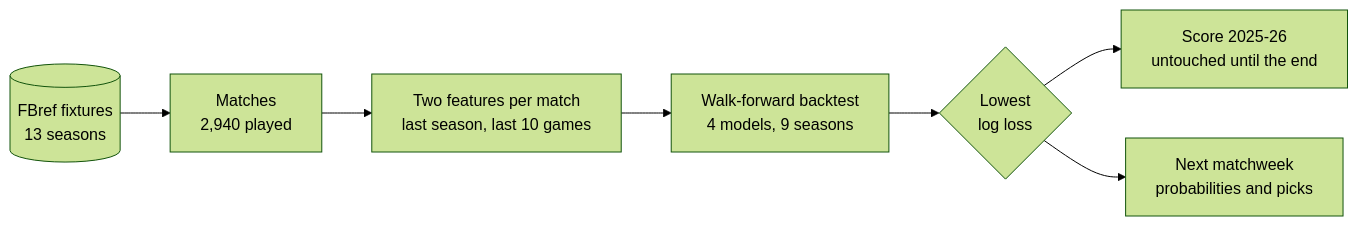
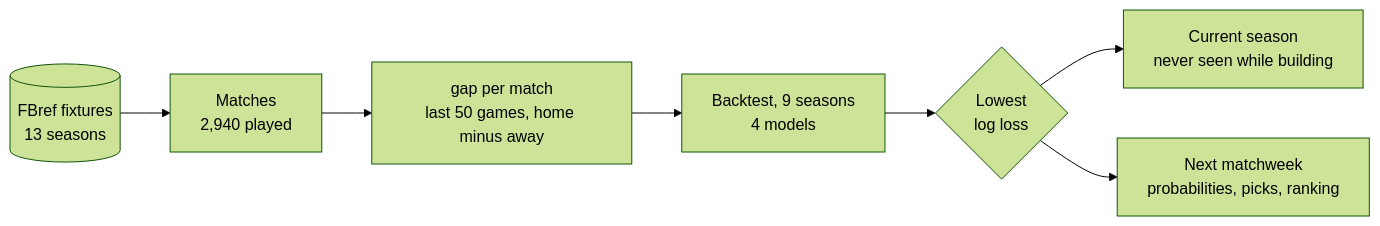
One commit to sal2049/saudi-pro-league-forecast changed the diagram in README.md. Above: the diagram before and after it, drawn with Mermaid (forest theme). The commit also changed other lines of this file and 26 other files, not shown here.

First line of the commit message:
Simplify to one feature and test on the current season

````diff
--- a/README.md
+++ b/README.md
@@ -27,9 +24,9 @@
 ```mermaid
 flowchart LR
     S[("FBref fixtures<br/>13 seasons")] --> M["Matches<br/>2,940 played"]
-    M --> F["Two features per match<br/>last season, last 10 games"]
-    F --> B["Walk-forward backtest<br/>4 models, 9 seasons"]
+    M --> G["gap per match<br/>last 50 games, home minus away"]
+    G --> B["Backtest, 9 seasons<br/>4 models"]
     B --> C{"Lowest<br/>log loss"}
-    C --> H["Score 2025-26<br/>untouched until the end"]
-    C --> W["Next matchweek<br/>probabilities and picks"]
+    C --> T["Current season<br/>never seen while building"]
+    C --> W["Next matchweek<br/>probabilities, picks, ranking"]
 ```
````
